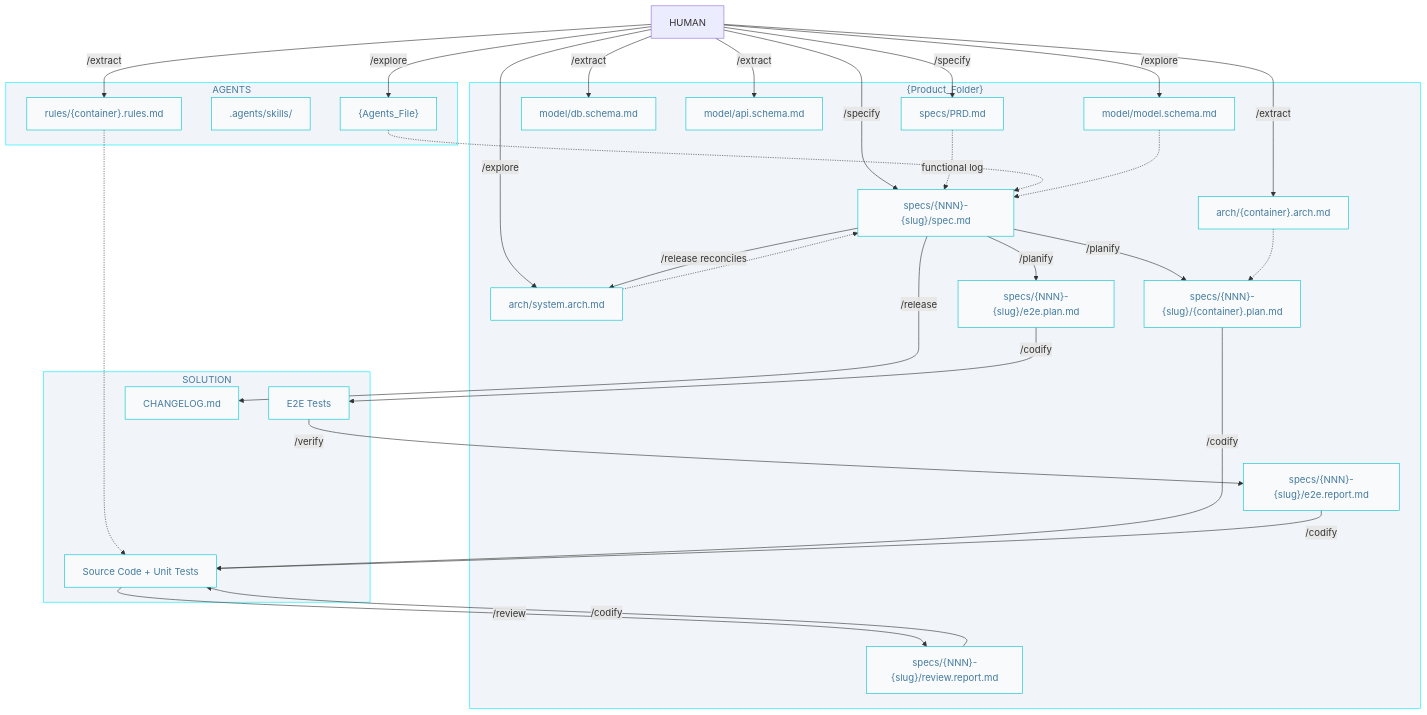
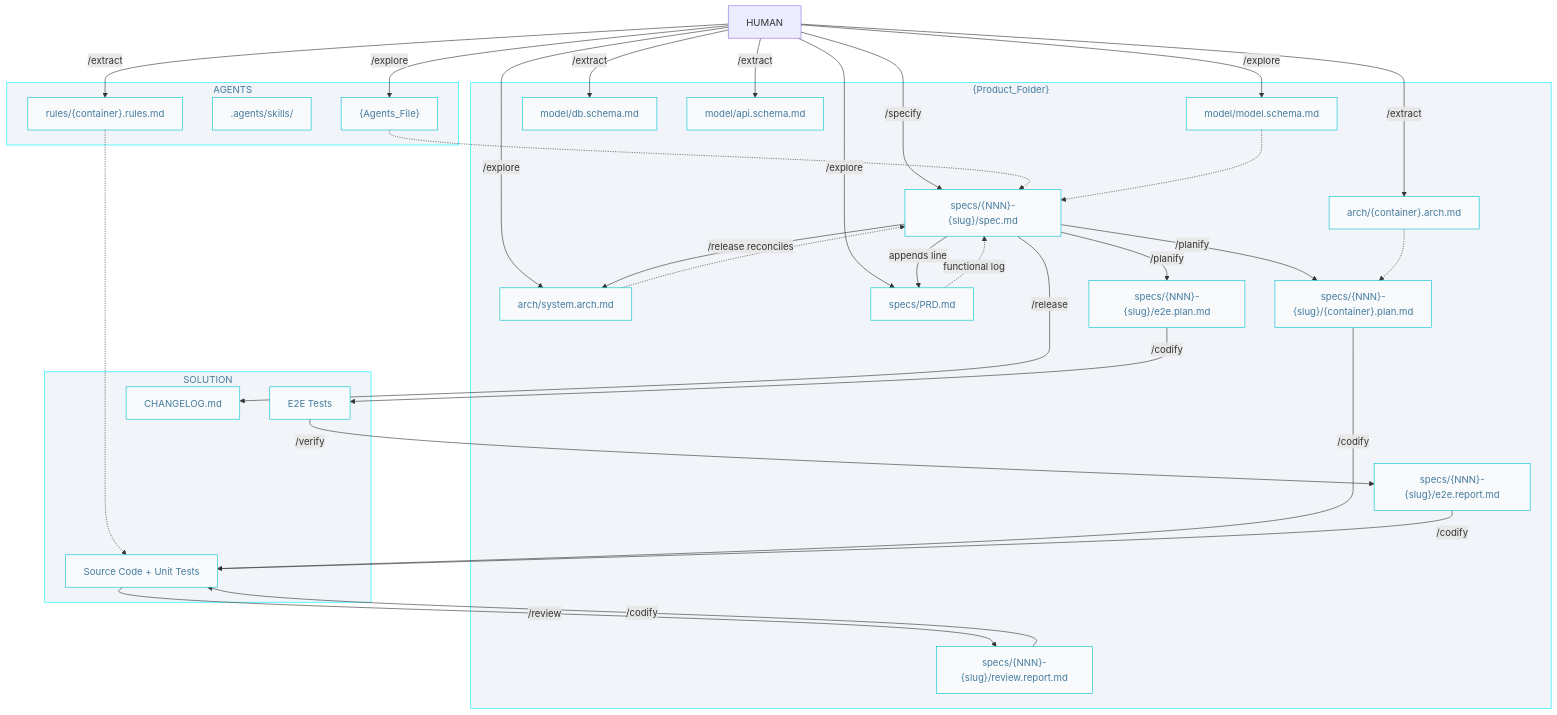
One commit to AIDDbot/AIDDbot changed the eighth of 9 diagrams in docs/AIDD.workflow.md. Above: the diagram before and after it, drawn with Mermaid. The commit also changed other lines of this file and 11 other files, not shown here.

Commit message:
chore: move prd from specify to explore

````diff
--- a/docs/AIDD.workflow.md
+++ b/docs/AIDD.workflow.md
@@ -261,62 +262,63 @@
 ```mermaid
 flowchart TD
   classDef nd fill:#f8fafc,stroke:#00c4cc,color:#457b9d
   classDef sg fill:#f1f5f9,stroke:#00f2ff,color:#457b9d
 
   HUM[HUMAN]
 
   subgraph A["AGENTS"]
       AGT["{Agents_File}"]:::nd
       SKL[".agents/skills/"]:::nd
       RUL["rules/{container}.rules.md"]:::nd
   end
 
   subgraph P["{Product_Folder}"]
       ARC["arch/system.arch.md"]:::nd
       MOD["model/model.schema.md"]:::nd
       CAR["arch/{container}.arch.md"]:::nd
       DBS["model/db.schema.md"]:::nd
       API["model/api.schema.md"]:::nd
       PRD["specs/PRD.md"]:::nd
       SPC["specs/{NNN}-{slug}/spec.md"]:::nd
       PLN["specs/{NNN}-{slug}/{container}.plan.md"]:::nd
       EPL["specs/{NNN}-{slug}/e2e.plan.md"]:::nd
       RPT["specs/{NNN}-{slug}/e2e.report.md"]:::nd
       RVR["specs/{NNN}-{slug}/review.report.md"]:::nd
   end
 
   subgraph S["SOLUTION"]
       COD["Source Code + Unit Tests"]:::nd
       E2E["E2E Tests"]:::nd
       CHL["CHANGELOG.md"]:::nd
   end
 
   HUM -->|/explore| AGT
   HUM -->|/explore| ARC
   HUM -->|/explore| MOD
+  HUM -->|/explore| PRD
   HUM -->|/extract| CAR
   HUM -->|/extract| DBS
   HUM -->|/extract| API
   HUM -->|/extract| RUL
   HUM -->|/specify| SPC
-  HUM -->|/specify| PRD
+  SPC -->|appends line| PRD
   PRD -.functional log.-> SPC
   AGT -.-> SPC
   ARC -.-> SPC
   MOD -.-> SPC
   SPC -->|/planify| PLN
   SPC -->|/planify| EPL
   CAR -.-> PLN
 
   PLN -->|/codify| COD
   RUL -.-> COD
   EPL -->|/codify| E2E
   E2E -->|/verify| RPT
   RPT -->|/codify| COD
   COD -->|/review| RVR
   RVR -->|/codify| COD
   SPC -->|/release| CHL
   SPC -->|/release reconciles| ARC
 
   class P,A,S sg
 ```
````
